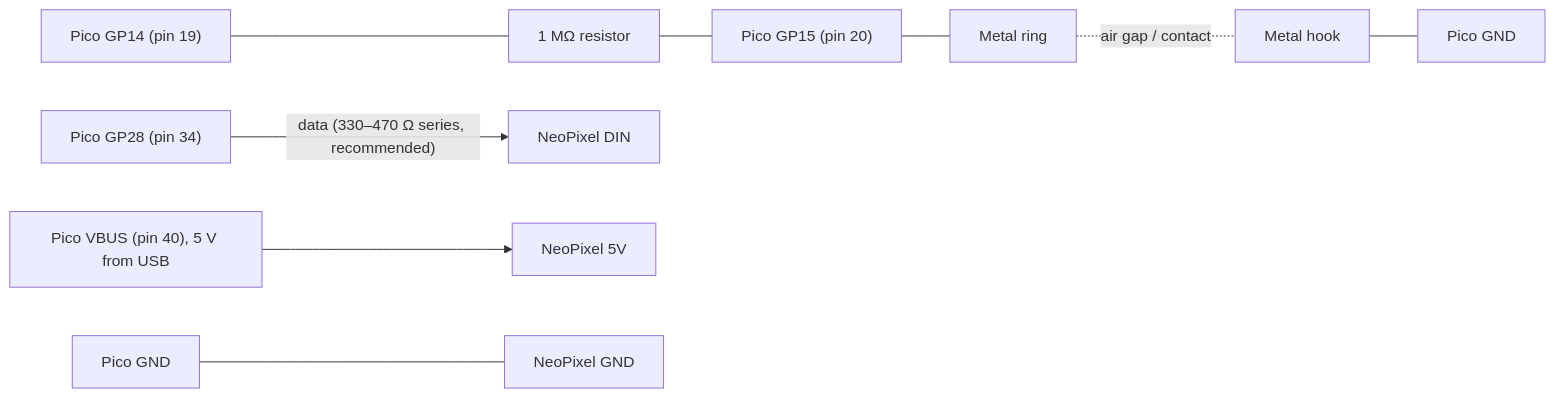
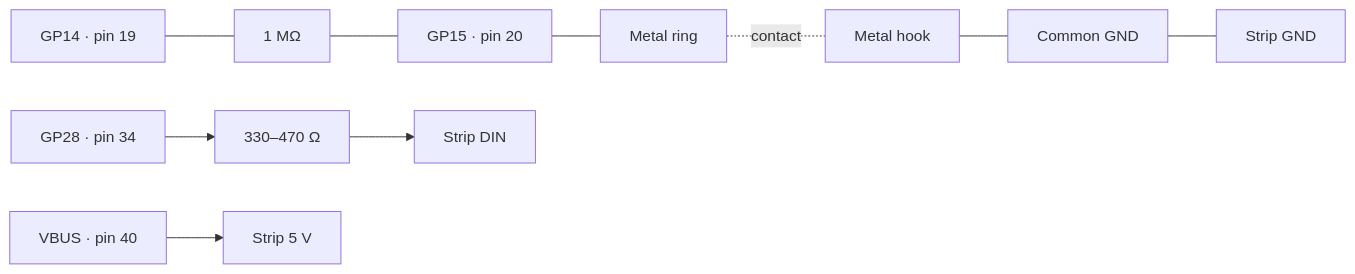
One commit to mampersat/ringthebullweb changed the diagram in README.md. Above: the diagram before and after it, drawn with Mermaid. The commit also changed other lines of this file and 1 other file, not shown here.

````diff
--- a/README.md
+++ b/README.md
@@ -52,12 +92,11 @@
 ```mermaid
 flowchart LR
-    GP14["Pico GP14 (pin 19)"] --- R["1 MΩ resistor"]
-    R --- GP15["Pico GP15 (pin 20)"]
-    GP15 --- RING["Metal ring"]
-    RING -. "air gap / contact" .- HOOK["Metal hook"]
-    HOOK --- GND["Pico GND"]
-
-    GP28["Pico GP28 (pin 34)"] -- "data (330–470 Ω series, recommended)" --> DIN["NeoPixel DIN"]
-    VBUS["Pico VBUS (pin 40), 5 V from USB"] --> V5["NeoPixel 5V"]
-    GND2["Pico GND"] --- NGND["NeoPixel GND"]
+    GP14["GP14 · pin 19"] --- R["1 MΩ"]
+    R --- GP15["GP15 · pin 20"]
+    GP15 --- Ring["Metal ring"]
+    Ring -. contact .- Hook["Metal hook"]
+    Hook --- GND["Common GND"]
+    GP28["GP28 · pin 34"] --> Series["330–470 Ω"] --> DIN["Strip DIN"]
+    VBUS["VBUS · pin 40"] --> Power["Strip 5 V"]
+    GND --- StripGND["Strip GND"]
 ```
````
